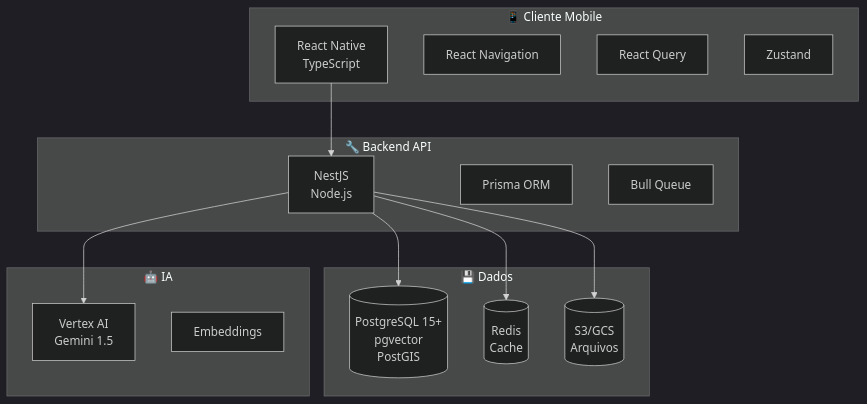
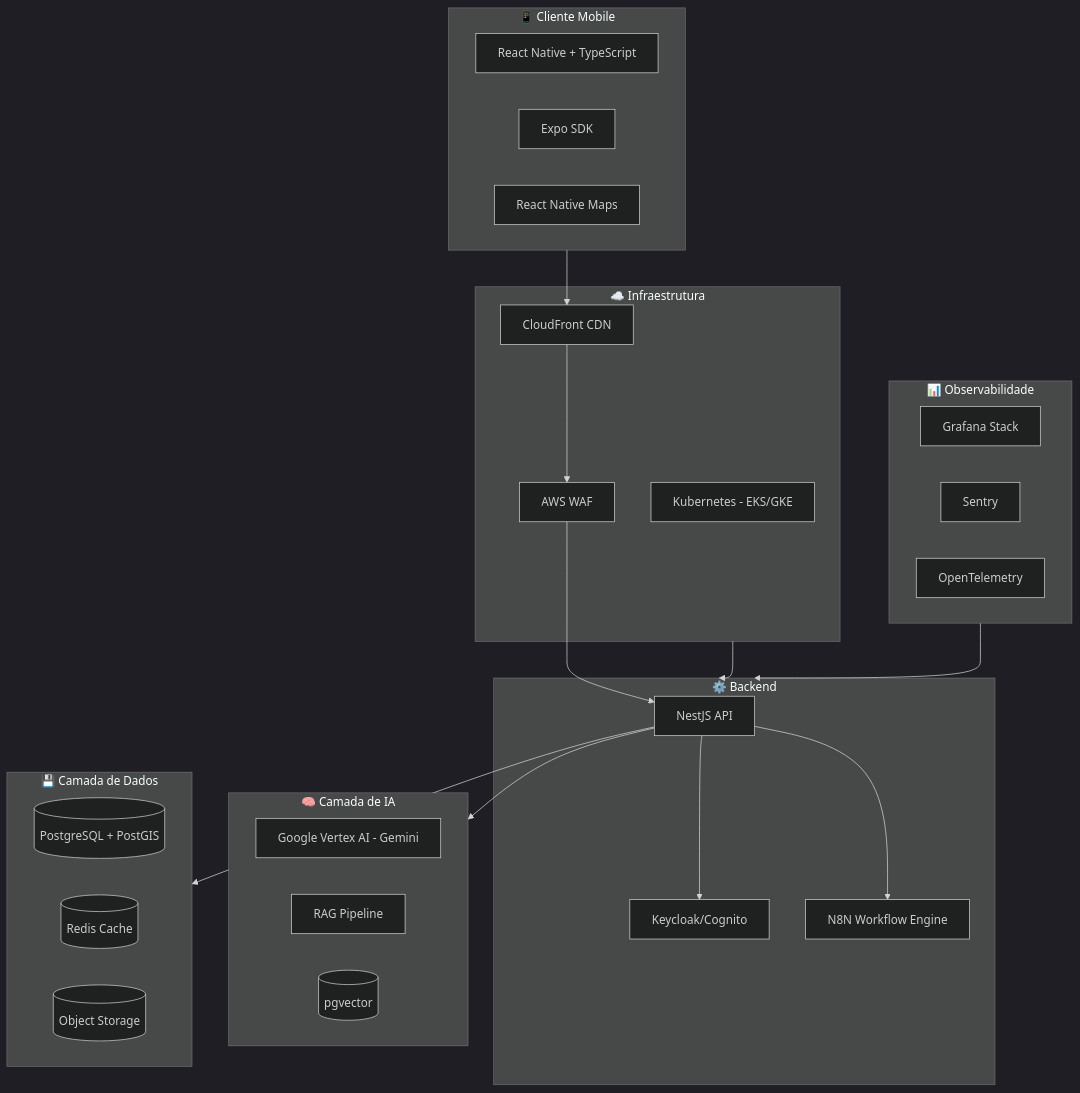
One commit to MTechnologia/camana-na-mao changed the third of 33 diagrams in docs/ESCOPO_E_ARQUITETURA_CAMARA_NA_MAO.md. Above: the diagram before and after it, drawn with Mermaid (dark theme). The commit also changed other lines of this file, not shown here.

````diff
--- a/docs/ESCOPO_E_ARQUITETURA_CAMARA_NA_MAO.md
+++ b/docs/ESCOPO_E_ARQUITETURA_CAMARA_NA_MAO.md
@@ -126,32 +216,48 @@
 ```mermaid
 flowchart TB
     subgraph Cliente["📱 Cliente Mobile"]
-        RN["React Native<br/>TypeScript"]
-        RNav["React Navigation"]
-        RQ["React Query"]
-        Zustand["Zustand"]
+        RN[React Native + TypeScript]
+        Expo[Expo SDK]
+        Maps[React Native Maps]
     end
-
-    subgraph API["🔧 Backend API"]
-        Nest["NestJS<br/>Node.js"]
-        Prisma["Prisma ORM"]
-        Bull["Bull Queue"]
+    
+    subgraph Backend["⚙️ Backend"]
+        API[NestJS API]
+        Auth[Keycloak/Cognito]
+        N8N[N8N Workflow Engine]
     end
-
-    subgraph Data["💾 Dados"]
-        PG[("PostgreSQL 15+<br/>pgvector<br/>PostGIS")]
-        Redis[("Redis<br/>Cache")]
-        S3[("S3/GCS<br/>Arquivos")]
+    
+    subgraph IA["🧠 Camada de IA"]
+        Gemini[Google Vertex AI - Gemini]
+        RAG[RAG Pipeline]
+        Vector[(pgvector)]
     end
-
-    subgraph AI["🤖 IA"]
-        Vertex["Vertex AI<br/>Gemini 1.5"]
-        Embed["Embeddings"]
+    
+    subgraph Dados["💾 Camada de Dados"]
+        PG[(PostgreSQL + PostGIS)]
+        Redis[(Redis Cache)]
+        S3[(Object Storage)]
     end
-
-    RN --> Nest
-    Nest --> PG
-    Nest --> Redis
-    Nest --> S3
-    Nest --> Vertex
+    
+    subgraph Infra["☁️ Infraestrutura"]
+        K8s[Kubernetes - EKS/GKE]
+        CDN[CloudFront CDN]
+        WAF[AWS WAF]
+    end
+    
+    subgraph Observabilidade["📊 Observabilidade"]
+        Grafana[Grafana Stack]
+        Sentry[Sentry]
+        OTel[OpenTelemetry]
+    end
+    
+    Cliente --> CDN
+    CDN --> WAF
+    WAF --> API
+    API --> Auth
+    API --> IA
+    API --> Dados
+    API --> N8N
+    Infra --> Backend
+    Observabilidade --> Backend
 ```
````
